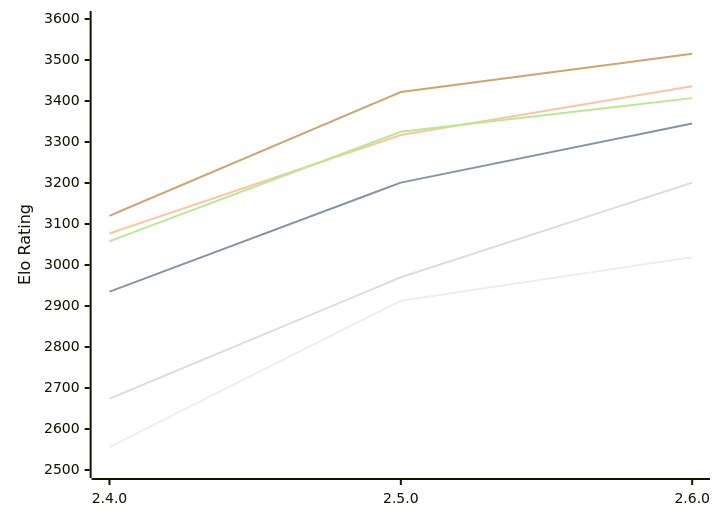
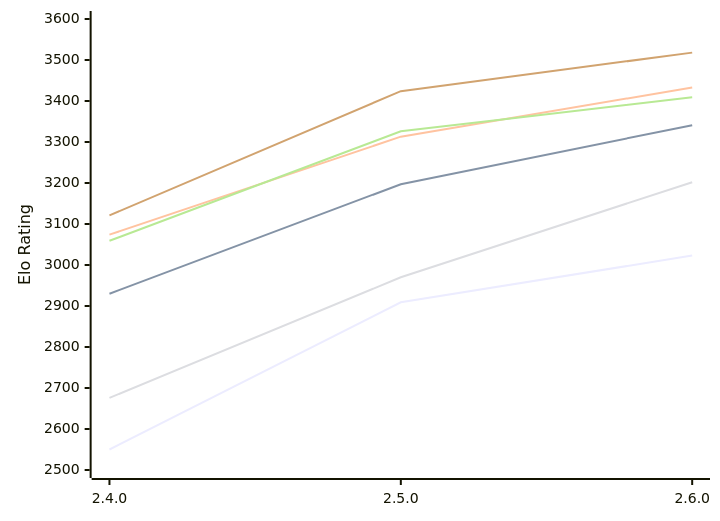
Before and after one commit to computer-chess-index/cci: the diagram in engines/Rarog.md, drawn with Mermaid. The commit also changed other lines of this file, not shown here.

Commit message:
Update CCI Ratings (ELO VLTC) - 2026-11-09

````diff
--- a/engines/Rarog.md
+++ b/engines/Rarog.md
@@ -51,12 +51,12 @@
 ```mermaid
 %%{init: {"theme":"base","themeVariables":{"seriesColors:['#a3a3a3','#222221','#faa371']}}}%%
 xychart-beta
   x-axis ["2.4.0", "2.5.0", "2.6.0"]
   y-axis "Elo Rating" 2500 --> 3600
-  line "E1: STC (8.0+0.08s)" [2556, 2913, 3019]
-  line "E1: LTC (60.0+0.60s)" [2935, 3201, 3345]
-  line "E1: VLTC (2m24s+1.12s)" [3077, 3317, 3436]
-  line "P1: STC (8.0+0.08s)" [2674, 2970, 3201]
-  line "P1: LTC (60.0+0.60s)" [3058, 3325, 3407]
-  line "P1: VLTC (2m24s+1.12s)" [3120, 3422, 3515]
+  line "E1: STC (8.0+0.08s)" [2550, 2909, 3023]
+  line "E1: LTC (60.0+0.60s)" [2930, 3197, 3341]
+  line "E1: VLTC (2m24s+1.12s)" [3074, 3313, 3433]
+  line "P1: STC (8.0+0.08s)" [2676, 2970, 3202]
+  line "P1: LTC (60.0+0.60s)" [3059, 3326, 3409]
+  line "P1: VLTC (2m24s+1.12s)" [3121, 3424, 3518]
 ```
````
